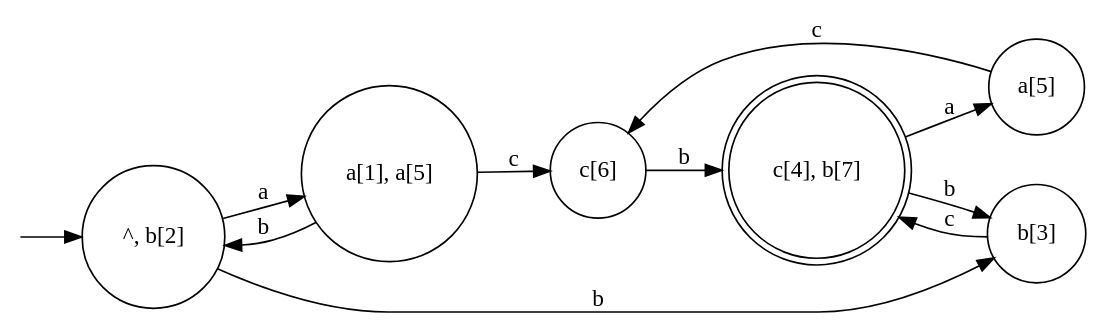
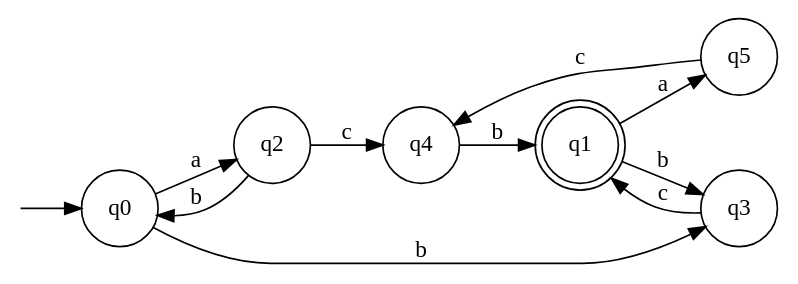
Before and after one commit to water-mizuu/finite_automata_conversion: the diagram in dfa_m.dot, drawn with Graphviz. The commit also changed 9 other files, not shown here.

```diff
--- a/dfa_m.dot
+++ b/dfa_m.dot
@@ -1,20 +1,20 @@
 digraph G {
   rankdir=LR;
   n__ [label="" shape=none width=.0];
-  0 [shape=circle label="^, b[2]"];
-  1 [shape=doublecircle label="c[4], b[7]"];
-  2 [shape=circle label="a[1], a[5]"];
-  3 [shape=circle label="b[3]"];
-  4 [shape=circle label="c[6]"];
-  5 [shape=circle label="a[5]"];
+  0 [shape=circle label="q0"];
+  1 [shape=doublecircle label="q1"];
+  2 [shape=circle label="q2"];
+  3 [shape=circle label="q3"];
+  4 [shape=circle label="q4"];
+  5 [shape=circle label="q5"];
   n__ -> 0;
   0 -> 2 [label="a"];
   0 -> 3 [label="b"];
   2 -> 0 [label="b"];
   2 -> 4 [label="c"];
   3 -> 1 [label="c"];
   4 -> 1 [label="b"];
   1 -> 5 [label="a"];
   1 -> 3 [label="b"];
   5 -> 4 [label="c"];
 }
```
